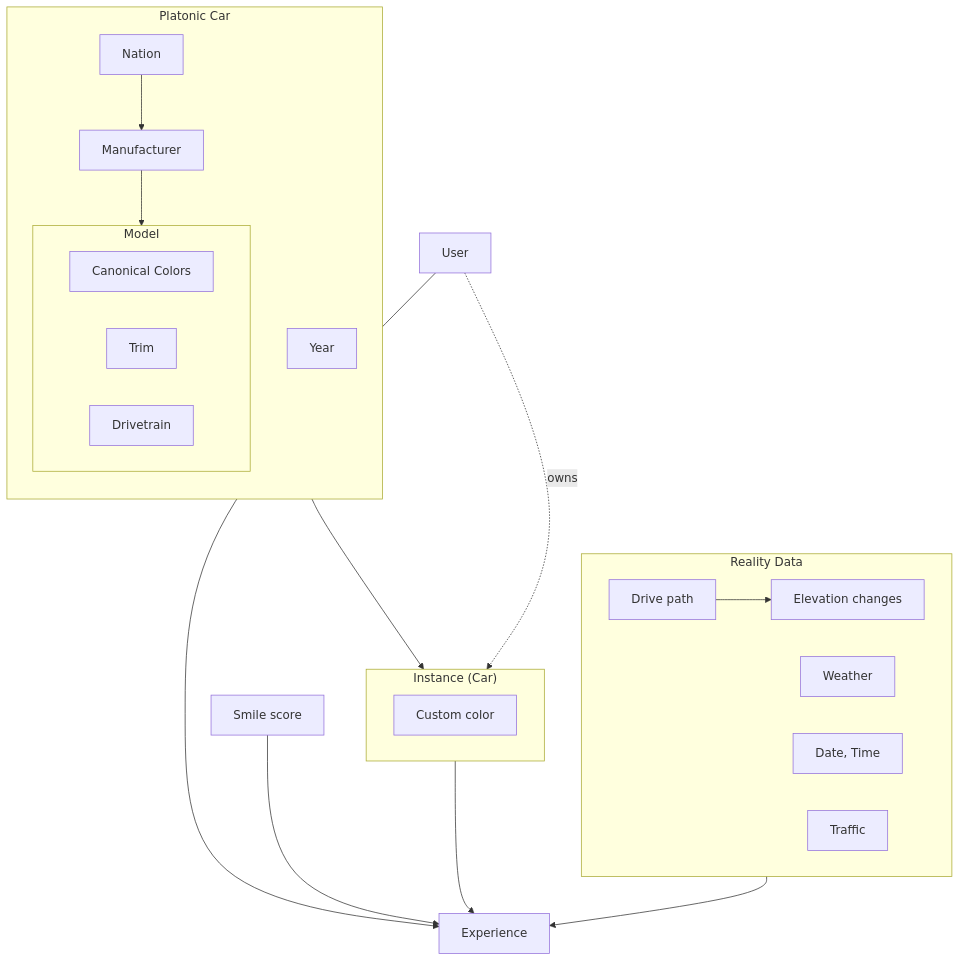
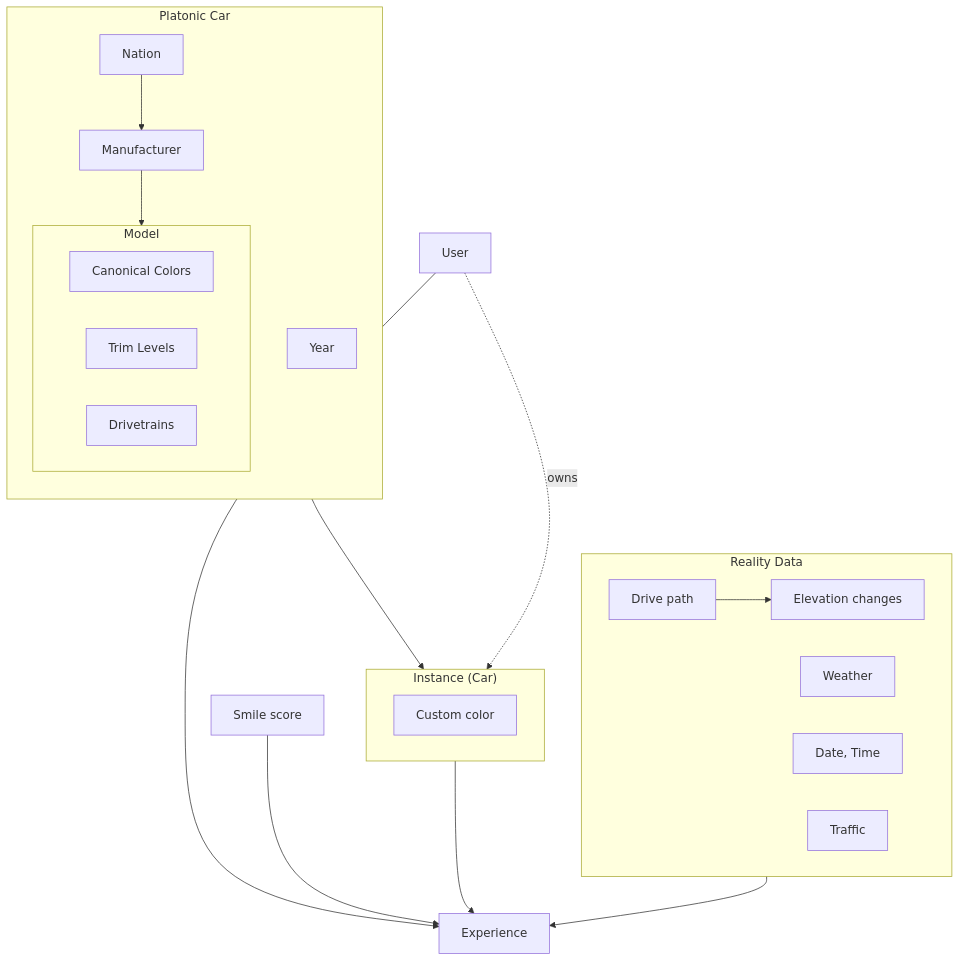
One commit to UUeird/dyno changed the diagram in docs/product.md. Above: the diagram before and after it, drawn with Mermaid.

Commit message:
Rename Trim to Trim Levels and Drivetrain to Drivetrains

````diff
--- a/docs/product.md
+++ b/docs/product.md
@@ -7,29 +7,29 @@
 ```mermaid
 flowchart TD
     subgraph PlatonicCar["Platonic Car"]
         direction TD
         Nation --> Manufacturer --> Model
         subgraph Model["Model"]
             CanonicalColors["Canonical Colors"]
-            Trim
-            Drivetrain
+            Trim["Trim Levels"]
+            Drivetrain["Drivetrains"]
         end
         Year
     end
     subgraph Instance["Instance (Car)"]
         CustomColor["Custom color"]
     end
     PlatonicCar --> Instance
     Instance --> Experience
     User --> Experience
     User -. owns .-> Instance
     SmileScore["Smile score"] --> Experience
 
     subgraph RealityData["Reality Data"]
         DrivePath["Drive path"] --> Elevation["Elevation changes"]
         Weather
         DateTime["Date, Time"]
         Traffic
     end
     RealityData --> Experience
 ```
````
